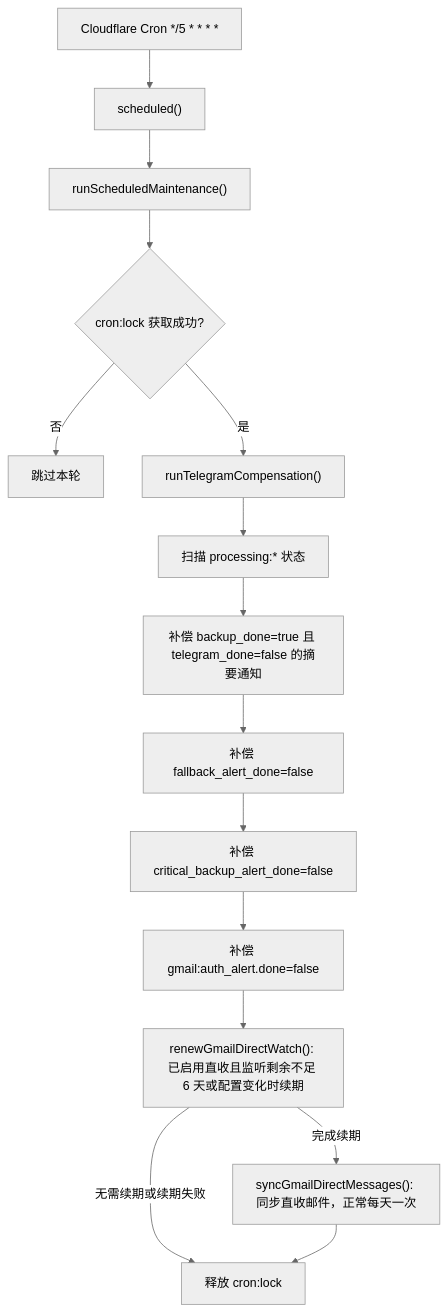
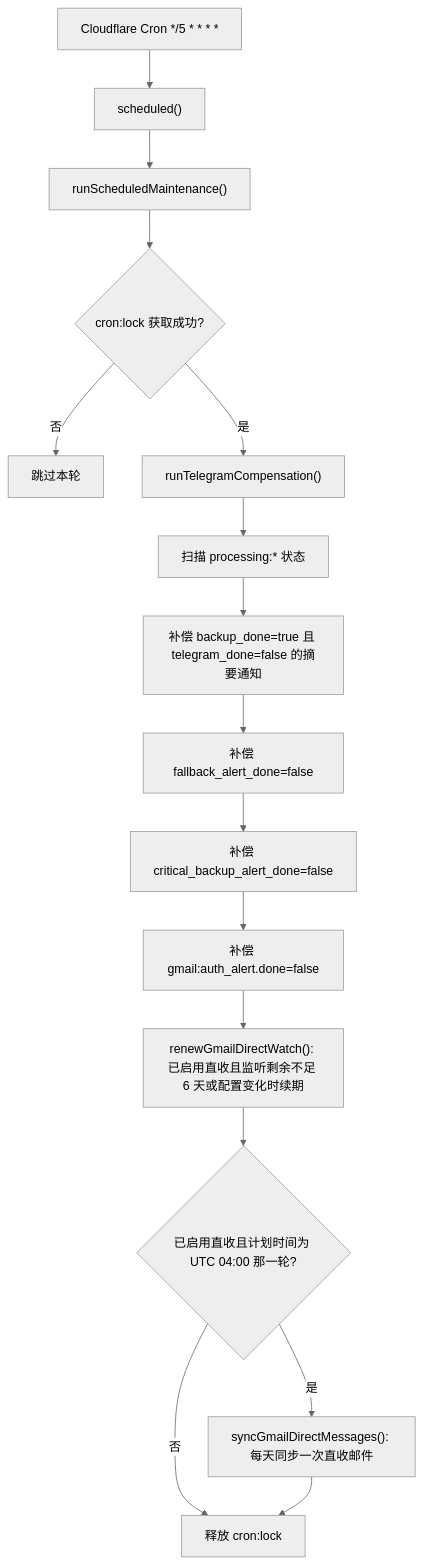
One commit to lainbo/synopsis changed the third of 3 diagrams in docs/ai-maintenance/architecture.md. Above: the diagram before and after it, drawn with Mermaid (neutral theme). The commit also changed other lines of this file and 7 other files, not shown here.

````diff
--- a/docs/ai-maintenance/architecture.md
+++ b/docs/ai-maintenance/architecture.md
@@ -92,17 +92,18 @@
 ```mermaid
 flowchart TD
   A["Cloudflare Cron */5 * * * *"] --> B["scheduled()"]
   B --> C["runScheduledMaintenance()"]
   C --> D{"cron:lock 获取成功?"}
   D -- "否" --> E["跳过本轮"]
   D -- "是" --> F["runTelegramCompensation()"]
   F --> G["扫描 processing:* 状态"]
   G --> H["补偿 backup_done=true 且 telegram_done=false 的摘要通知"]
   H --> I["补偿 fallback_alert_done=false"]
   I --> J["补偿 critical_backup_alert_done=false"]
   J --> K["补偿 gmail:auth_alert.done=false"]
   K --> W["renewGmailDirectWatch(): 已启用直收且监听剩余不足 6 天或配置变化时续期"]
-  W -- "完成续期" --> X["syncGmailDirectMessages(): 同步直收邮件，正常每天一次"]
-  W -- "无需续期或续期失败" --> L["释放 cron:lock"]
+  W --> Y{"已启用直收且计划时间为 UTC 04:00 那一轮?"}
+  Y -- "是" --> X["syncGmailDirectMessages(): 每天同步一次直收邮件"]
+  Y -- "否" --> L["释放 cron:lock"]
   X --> L
 ```
````
